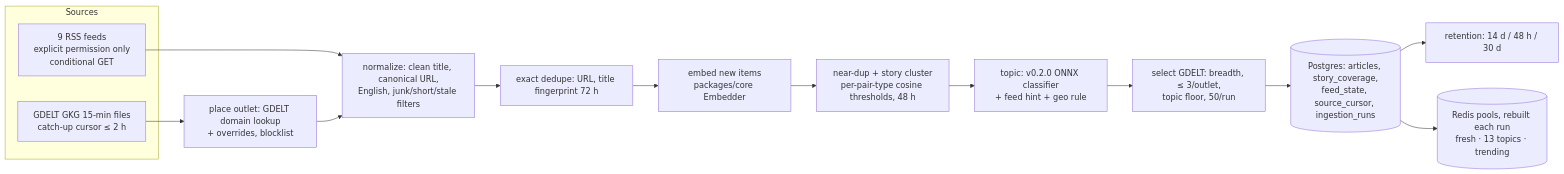
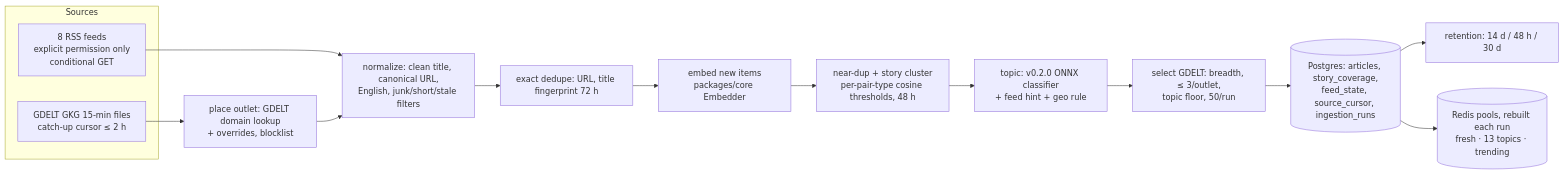
Before and after one commit to Unmesh30/firstread: the fifth of 5 diagrams in docs/architecture.md, drawn with Mermaid. The commit also changed 2 other files, not shown here.

Commit message:
docs: Phase 2 follow-ups in ADR 0007, learn chapter 02 and architecture (8 RSS feeds)

````diff
--- a/docs/architecture.md
+++ b/docs/architecture.md
@@ -109,18 +109,18 @@
 ```mermaid
 flowchart LR
   subgraph Sources
-    RSS[9 RSS feeds<br/>explicit permission only<br/>conditional GET]
+    RSS[8 RSS feeds<br/>explicit permission only<br/>conditional GET]
     GKG[GDELT GKG 15-min files<br/>catch-up cursor ≤ 2 h]
   end
   GKG --> PL[place outlet: GDELT domain lookup<br/>+ overrides, blocklist]
   RSS --> N[normalize: clean title, canonical URL,<br/>English, junk/short/stale filters]
   PL --> N
   N --> X[exact dedupe: URL, title fingerprint 72 h]
   X --> E[embed new items<br/>packages/core Embedder]
   E --> D[near-dup + story cluster<br/>per-pair-type cosine thresholds, 48 h]
   D --> C[topic: v0.2.0 ONNX classifier<br/>+ feed hint + geo rule]
   C --> S[select GDELT: breadth, ≤ 3/outlet,<br/>topic floor, 50/run]
   S --> PG[(Postgres: articles, story_coverage,<br/>feed_state, source_cursor, ingestion_runs)]
   PG --> RET[retention: 14 d / 48 h / 30 d]
   PG --> POOLS[(Redis pools, rebuilt each run<br/>fresh · 13 topics · trending)]
 ```
````
